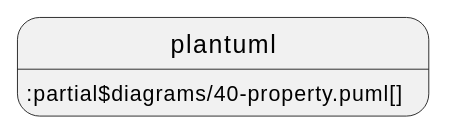
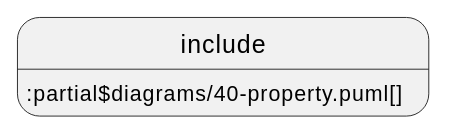
One commit to acplt/aas-specs changed diagram 13 of 18 in documentation/IDTA-01001/modules/ROOT/pages/spec-metamodel/submodel-elements.adoc. Above: the diagram before and after it, drawn with PlantUML. The commit also changed other lines of this file and 14 other files, not shown here.

First line of the commit message:
Revert "Use plantuml instead of include and test ./"

```diff
--- a/documentation/IDTA-01001/modules/ROOT/pages/spec-metamodel/submodel-elements.adoc
+++ b/documentation/IDTA-01001/modules/ROOT/pages/spec-metamodel/submodel-elements.adoc
@@ -628,4 +628,4 @@
 [plantuml, 40-property, svg]
 ....
-plantuml::partial$diagrams/40-property.puml[]
+include::partial$diagrams/40-property.puml[]
 ....
```
